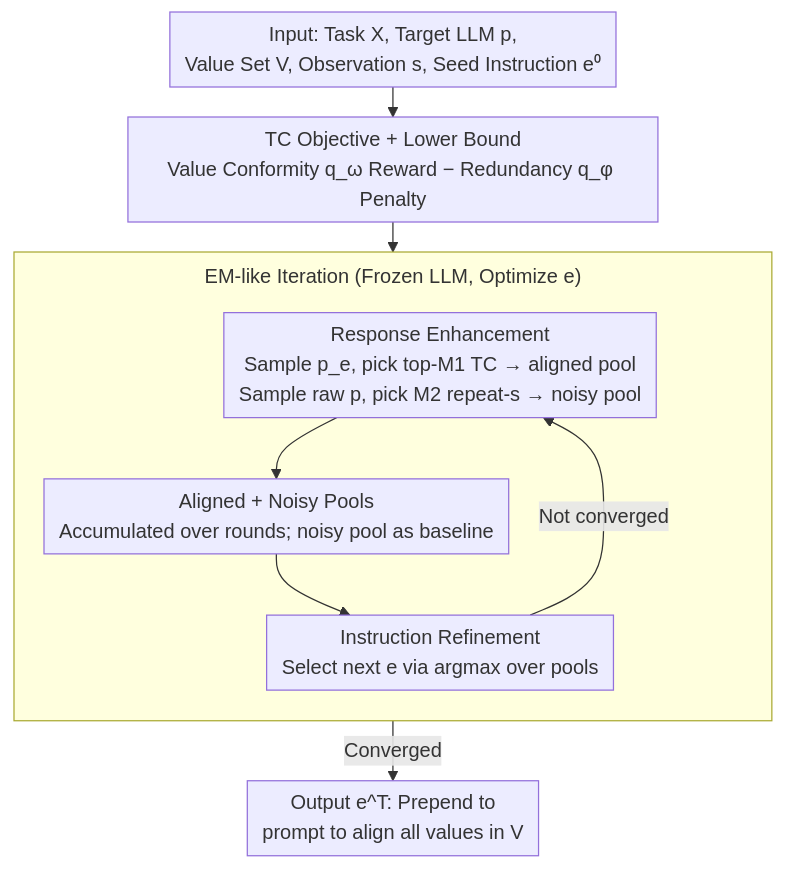
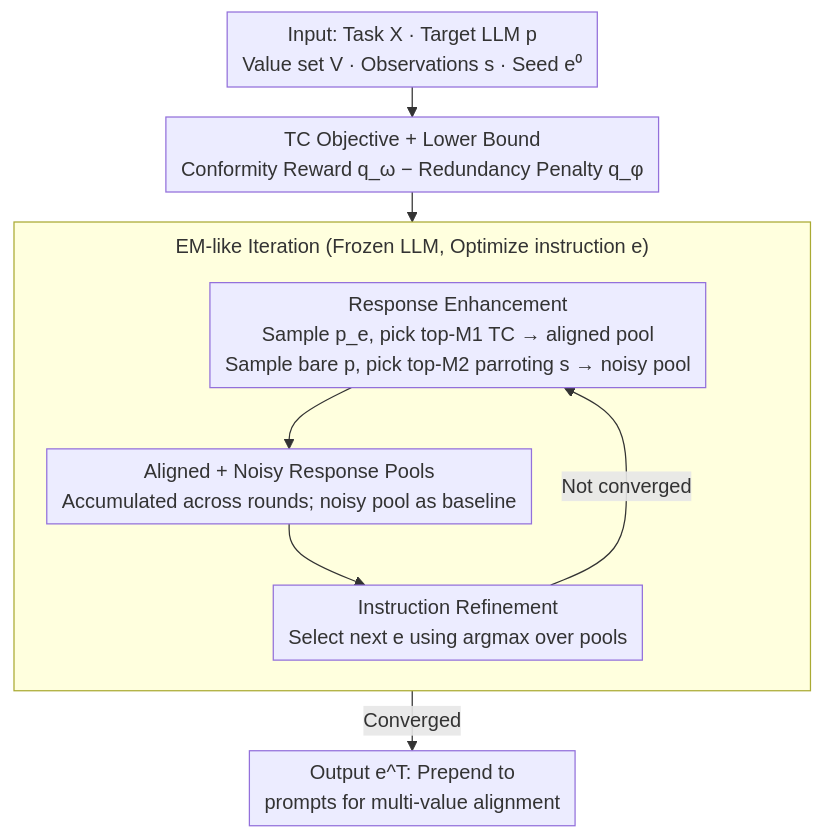
The diagram in docs/ICML2026/llm_alignment/picaco_pluralistic_in-context_value_alignment_of_llms_via_total_correlation_opti.md (zhaoyang97/Paper-Notes-en), drawn with Mermaid before and after one commit. The commit also changed other lines of this file and 5084 other files, not shown here.

````diff
--- a/docs/ICML2026/llm_alignment/picaco_pluralistic_in-context_value_alignment_of_llms_via_total_correlation_opti.md
+++ b/docs/ICML2026/llm_alignment/picaco_pluralistic_in-context_value_alignment_of_llms_via_total_correlation_opti.md
@@ -44,17 +44,17 @@
 ```mermaid
 %%{init: {'flowchart': {'rankSpacing': 24, 'nodeSpacing': 28, 'padding': 6, 'wrappingWidth': 400, 'subGraphTitleMargin': {'top': 8, 'bottom': 16}}}}%%
 flowchart TD
-    IN["Input: Task X, Target LLM p,<br/>Value Set V, Observation s, Seed Instruction e⁰"]
-    TC["TC Objective + Lower Bound<br/>Value Conformity q_ω Reward − Redundancy q_φ Penalty"]
+    IN["Input: Task X · Target LLM p<br/>Value set V · Observations s · Seed e⁰"]
+    TC["TC Objective + Lower Bound<br/>Conformity Reward q_ω − Redundancy Penalty q_φ"]
     IN --> TC
-    subgraph EM["EM-like Iteration (Frozen LLM, Optimize e)"]
+    subgraph EM["EM-like Iteration (Frozen LLM, Optimize instruction e)"]
         direction TB
-        RE["Response Enhancement<br/>Sample p_e, pick top-M1 TC → aligned pool<br/>Sample raw p, pick M2 repeat-s → noisy pool"]
-        POOL["Aligned + Noisy Pools<br/>Accumulated over rounds; noisy pool as baseline"]
-        IR["Instruction Refinement<br/>Select next e via argmax over pools"]
+        RE["Response Enhancement<br/>Sample p_e, pick top-M1 TC → aligned pool<br/>Sample bare p, pick top-M2 parroting s → noisy pool"]
+        POOL["Aligned + Noisy Response Pools<br/>Accumulated across rounds; noisy pool as baseline"]
+        IR["Instruction Refinement<br/>Select next e using argmax over pools"]
         RE --> POOL --> IR
         IR -->|Not converged| RE
     end
     TC --> RE
-    IR -->|Converged| OUT["Output e^T: Prepend to<br/>prompt to align all values in V"]
+    IR -->|Converged| OUT["Output e^T: Prepend to<br/>prompts for multi-value alignment"]
 ```
````
